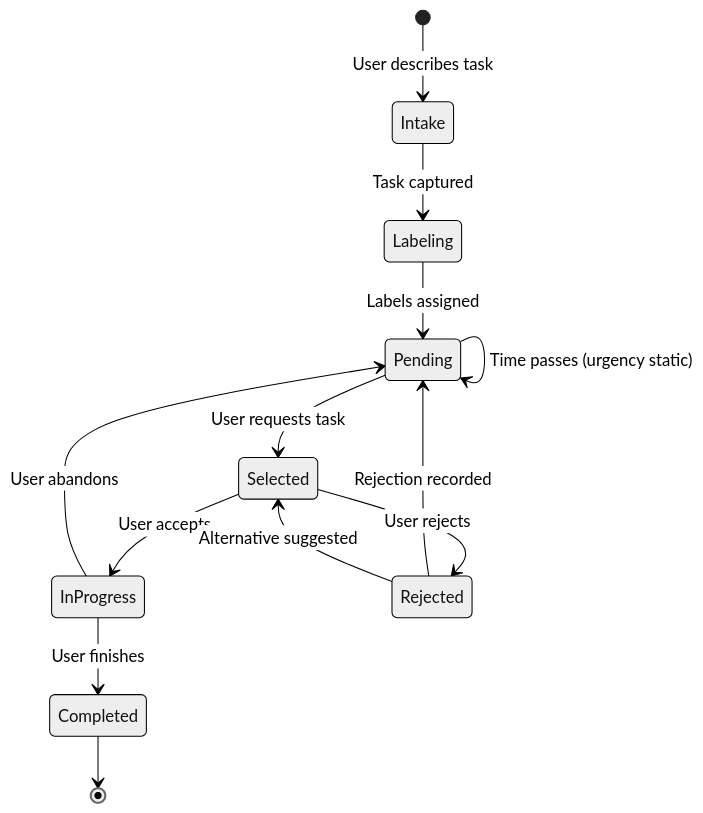
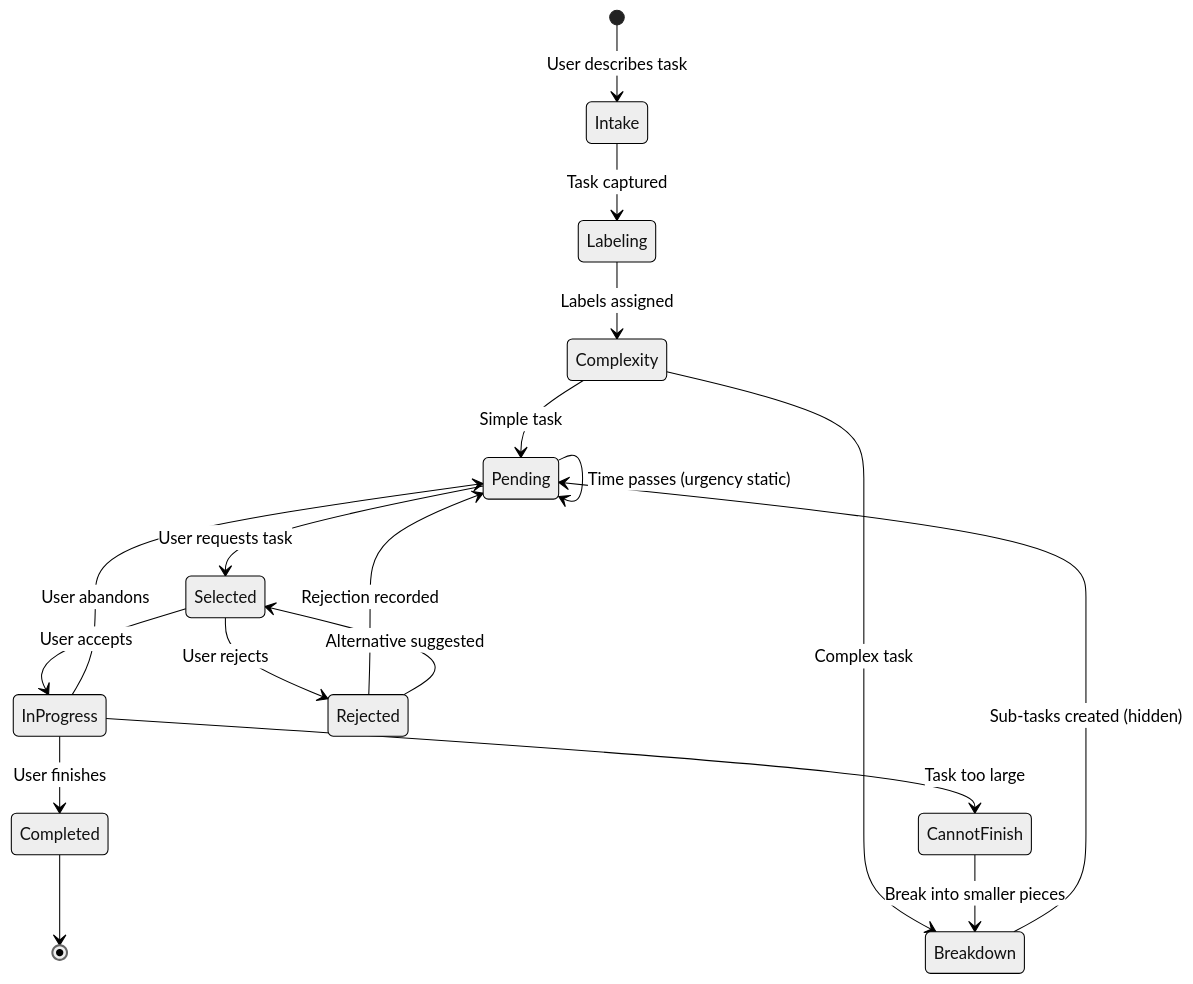
The first of 18 diagrams in docs/task-lifecycle.md (NickBorgers/hide-my-list), drawn with Mermaid (neutral theme) before and after one commit. The commit also changed other lines of this file and 4 other files, not shown here.

First line of the commit message:
Add CANNOT_FINISH command and automatic task breakdown

````diff
--- a/docs/task-lifecycle.md
+++ b/docs/task-lifecycle.md
@@ -9,21 +9,28 @@
 ```mermaid
 stateDiagram-v2
     [*] --> Intake: User describes task
 
     Intake --> Labeling: Task captured
-    Labeling --> Pending: Labels assigned
+    Labeling --> Complexity: Labels assigned
+    Complexity --> Pending: Simple task
+    Complexity --> Breakdown: Complex task
+
+    Breakdown --> Pending: Sub-tasks created (hidden)
 
     Pending --> Selected: User requests task
     Pending --> Pending: Time passes (urgency static)
 
     Selected --> InProgress: User accepts
     Selected --> Rejected: User rejects
 
     Rejected --> Pending: Rejection recorded
     Rejected --> Selected: Alternative suggested
 
     InProgress --> Completed: User finishes
     InProgress --> Pending: User abandons
+    InProgress --> CannotFinish: Task too large
+
+    CannotFinish --> Breakdown: Break into smaller pieces
 
     Completed --> [*]
 ```
````
